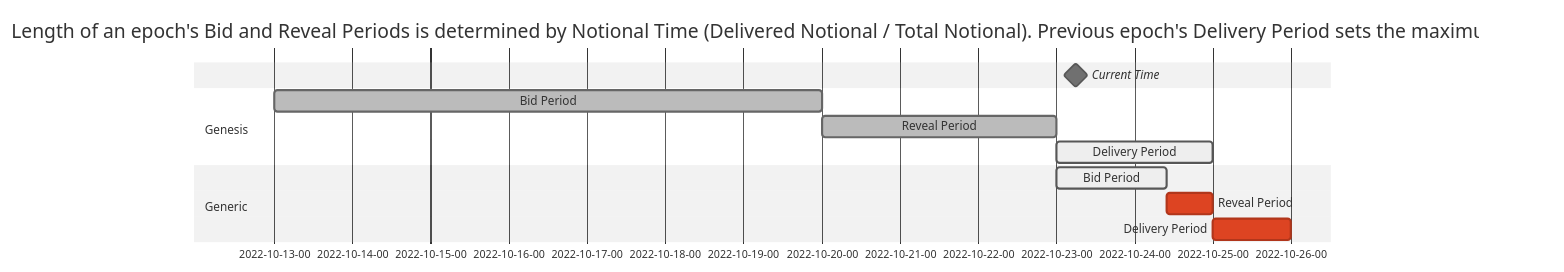
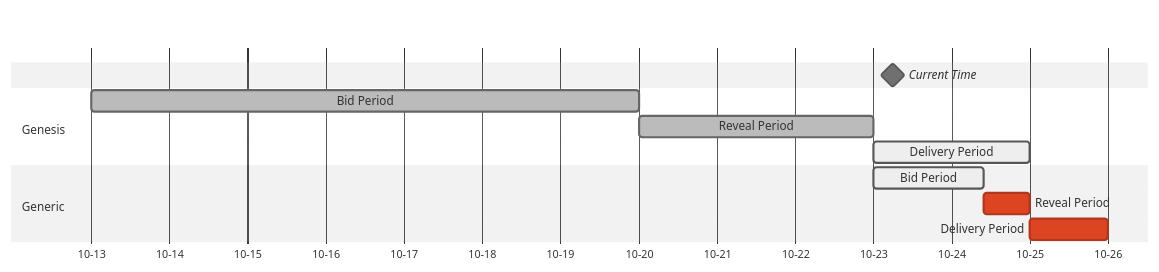
Before and after one commit to zoidz123/zoidz123.github.io: the third of 3 diagrams in docs/order-flow-auction.md, drawn with Mermaid (neutral theme). The commit also changed other lines of this file and 19 other files, not shown here.

````diff
--- a/docs/order-flow-auction.md
+++ b/docs/order-flow-auction.md
@@ -104,19 +103,18 @@
 ```mermaid
 gantt
-    dateFormat  YYYY-MM-DD-HH
-    axisFormat  %Y-%m-%d-%H
+    dateFormat  MM-DD
+    axisFormat  %m-%d
     todayMarker off
-    title       Length of an epoch's Bid and Reveal Periods is determined by Notional Time (Delivered Notional / Total Notional). Previous epoch's Delivery Period sets the maximum time.
-    Current Time: milestone, 2022-10-23-00, 12h
+    Current Time: milestone, 10-23, 12h
 
     section Genesis
-    Bid Period                  :done,  des1, 2022-10-13-00, 7d
+    Bid Period                  :done,  des1, 10-13, 7d
     Reveal Period               :done,  des2, after des1, 3d
     Delivery Period             :active,  des3, after des2, 2d
 
 
     section Generic
     Bid Period                  :active,  des4, after des2, 34h
     Reveal Period               :crit,  des5, after des4, 14h
     Delivery Period             :crit,  des6, after des5, 1d
 ```
````
